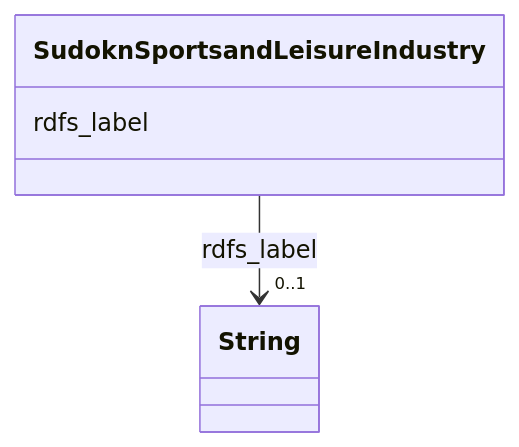
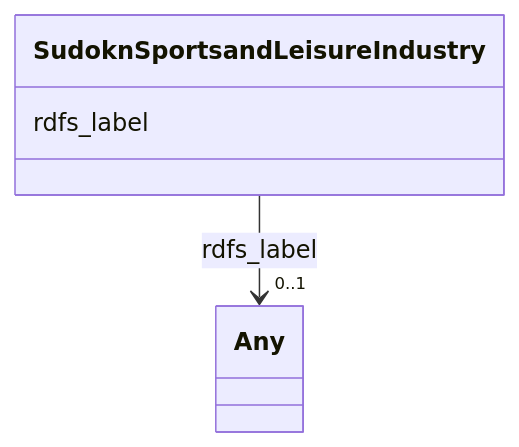
The diagram in sudokn-kg/classes/SudoknSportsandLeisureIndustry.md (frink-okn/graph-descriptions), drawn with Mermaid before and after one commit. The commit also changed other lines of this file and 903 other files, not shown here.

````diff
--- a/sudokn-kg/classes/SudoknSportsandLeisureIndustry.md
+++ b/sudokn-kg/classes/SudoknSportsandLeisureIndustry.md
@@ -23,15 +18,15 @@
 ```mermaid
  classDiagram
     class SudoknSportsandLeisureIndustry
     click SudoknSportsandLeisureIndustry href "../SudoknSportsandLeisureIndustry"
       SudoknSportsandLeisureIndustry : rdfs_label
         
           
     
     
-    SudoknSportsandLeisureIndustry --> "0..1" String : rdfs_label
-    click String href "../String"
+    SudoknSportsandLeisureIndustry --> "0..1" Any : rdfs_label
+    click Any href "../Any"
 
         
       
 ```
````
